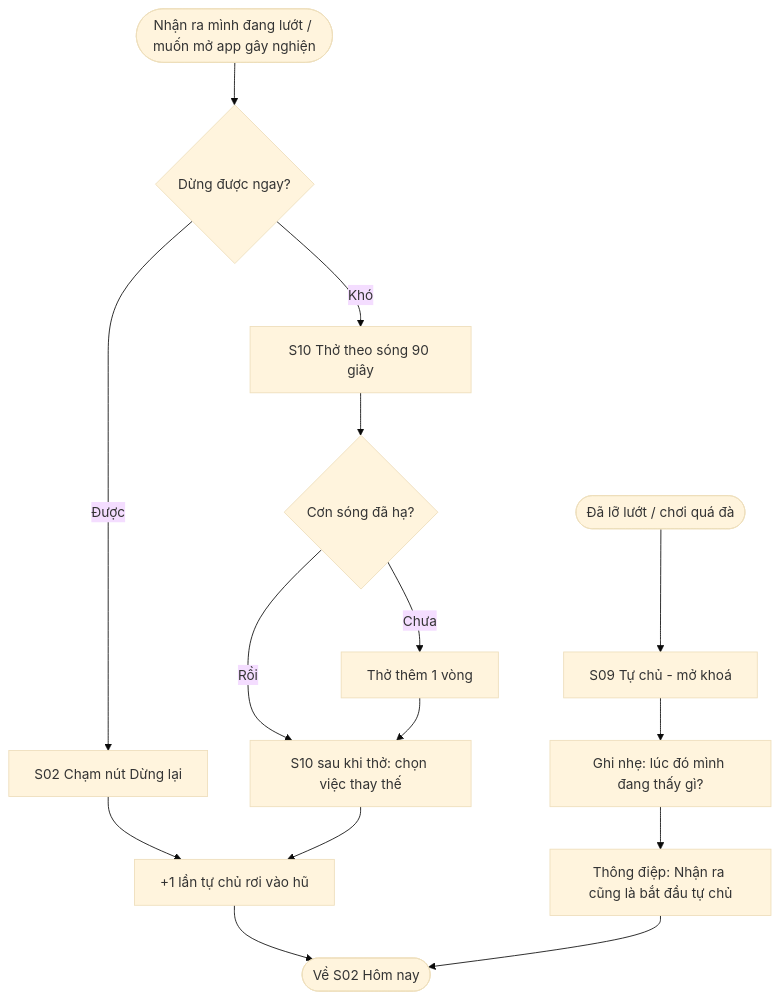
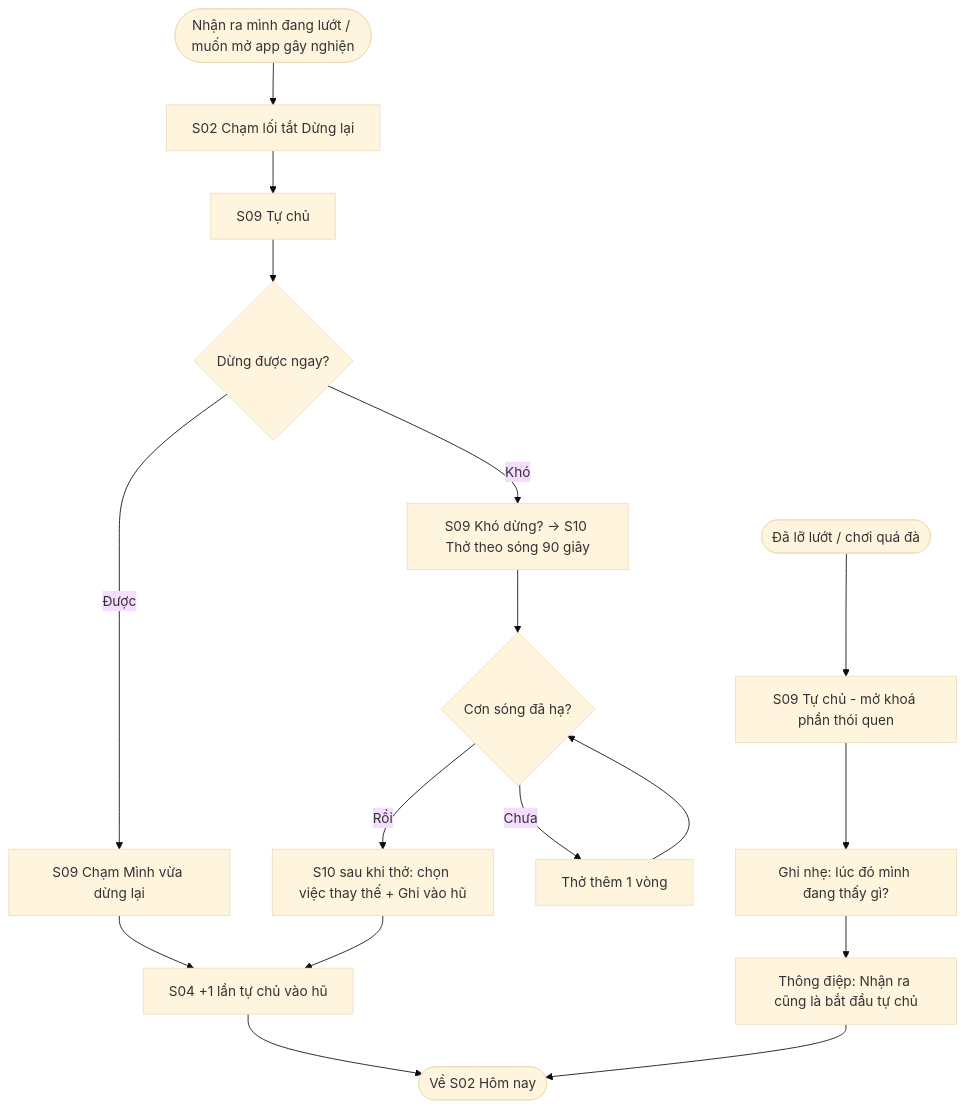
One commit to FU-PRM-Projects/prm393-lab2-group9 changed the third of 6 diagrams in ux/user-flow.md. Above: the diagram before and after it, drawn with Mermaid (base theme). The commit also changed other lines of this file and 7 other files, not shown here.

Commit message:
docs: match flows and handoff to Figma prototype; add S03c step

````diff
--- a/ux/user-flow.md
+++ b/ux/user-flow.md
@@ -115,17 +120,20 @@
 ```mermaid
 flowchart TD
-    A([Nhận ra mình đang lướt / muốn mở app gây nghiện]) --> B{Dừng được ngay?}
-    B -->|Được| C[S02 Chạm nút Dừng lại]
-    B -->|Khó| D[S10 Thở theo sóng 90 giây]
+    A([Nhận ra mình đang lướt / muốn mở app gây nghiện])
+    A --> S2[S02 Chạm lối tắt Dừng lại]
+    S2 --> S9[S09 Tự chủ]
+    S9 --> B{Dừng được ngay?}
+    B -->|Được| C[S09 Chạm Mình vừa dừng lại]
+    B -->|Khó| D[S09 Khó dừng? → S10 Thở theo sóng 90 giây]
     D --> E{Cơn sóng đã hạ?}
-    E -->|Rồi| F[S10 sau khi thở: chọn việc thay thế]
+    E -->|Rồi| F[S10 sau khi thở: chọn việc thay thế + Ghi vào hũ]
     E -->|Chưa| G[Thở thêm 1 vòng]
-    G --> F
-    C --> H[+1 lần tự chủ rơi vào hũ]
+    G --> E
+    C --> H[S04 +1 lần tự chủ vào hũ]
     F --> H
     H --> I([Về S02 Hôm nay])
-    J([Đã lỡ lướt / chơi quá đà]) --> K[S09 Tự chủ - mở khoá]
+    J([Đã lỡ lướt / chơi quá đà]) --> K[S09 Tự chủ - mở khoá phần thói quen]
     K --> L[Ghi nhẹ: lúc đó mình đang thấy gì?]
     L --> M[Thông điệp: Nhận ra cũng là bắt đầu tự chủ]
     M --> I
 ```
````
